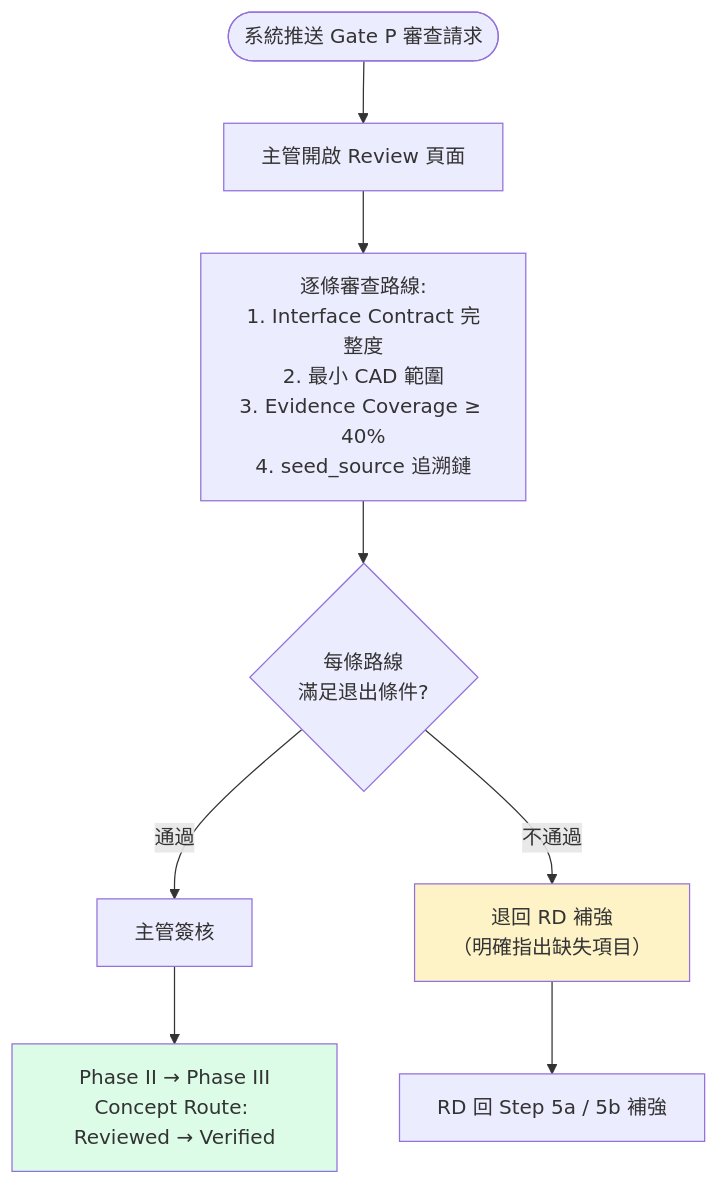
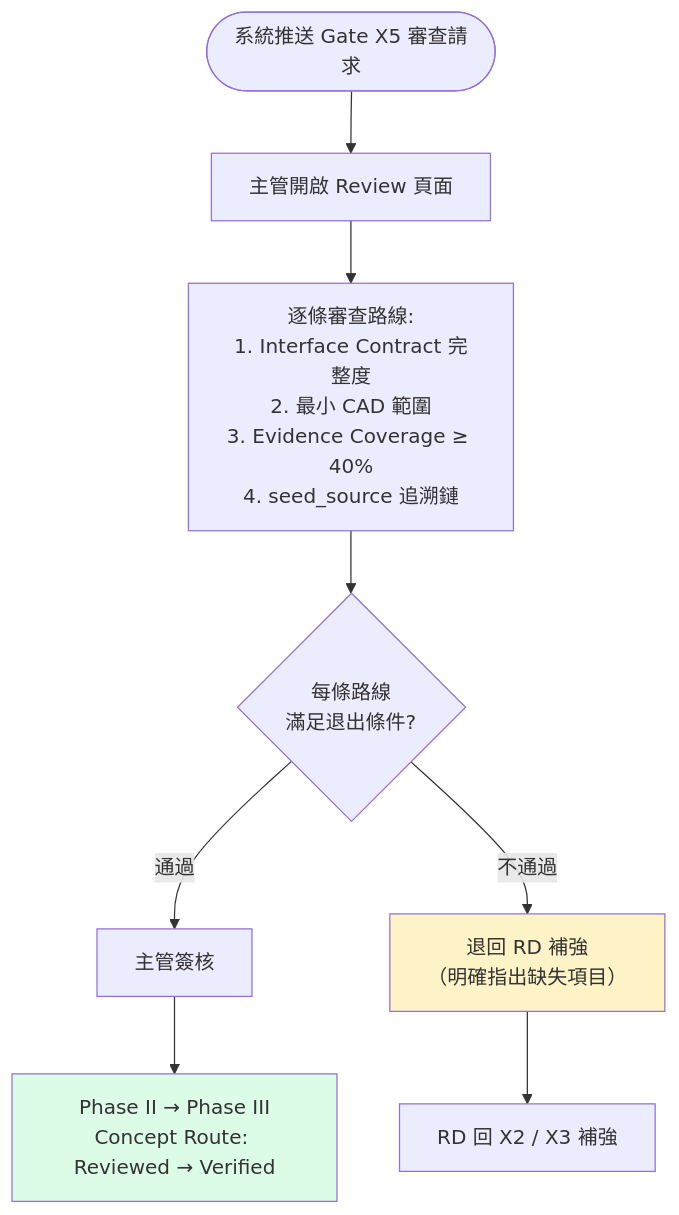
The fifth of 5 diagrams in docs/01-define/E3--system-interaction-flow.md (Zenobia0000/RD_copilot_system), drawn with Mermaid before and after one commit. The commit also changed other lines of this file and 45 other files, not shown here.

````diff
--- a/docs/01-define/E3--system-interaction-flow.md
+++ b/docs/01-define/E3--system-interaction-flow.md
@@ -297,15 +340,15 @@
 ```mermaid
 flowchart TD
-    Notify(["系統推送 Gate P 審查請求"]) --> Open["主管開啟 Review 頁面"]
+    Notify(["系統推送 Gate X5 審查請求"]) --> Open["主管開啟 Review 頁面"]
     Open --> Review["逐條審查路線:<br/>1. Interface Contract 完整度<br/>2. 最小 CAD 範圍<br/>3. Evidence Coverage ≥ 40%<br/>4. seed_source 追溯鏈"]
 
     Review --> TL{"每條路線<br/>滿足退出條件?"}
     TL -->|通過| Sign["主管簽核"]
     TL -->|不通過| Fix["退回 RD 補強<br/>（明確指出缺失項目）"]
 
     Sign --> PhaseIII["Phase II → Phase III<br/>Concept Route: Reviewed → Verified"]
-    Fix --> Back["RD 回 Step 5a / 5b 補強"]
+    Fix --> Back["RD 回 X2 / X3 補強"]
 
     style PhaseIII fill:#DCFCE7
     style Fix fill:#FEF3C7
 ```
````
